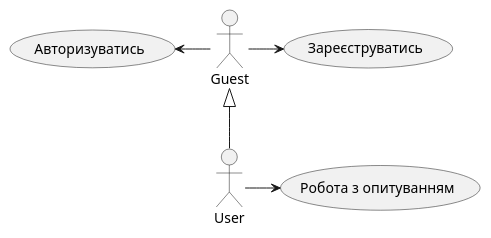
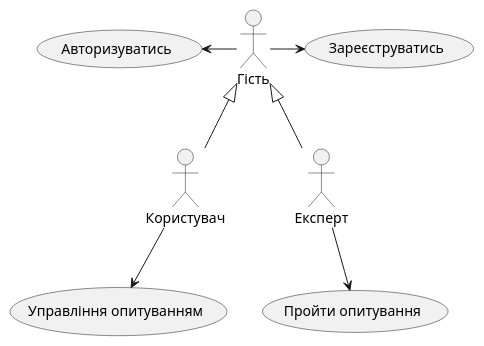
Before and after one commit to vadumpastushok/databases-course-work: the first of 11 diagrams in docs/use cases/README.md, drawn with PlantUML. The commit also changed other lines of this file, not shown here.

```diff
--- a/docs/use cases/README.md
+++ b/docs/use cases/README.md
@@ -11,16 +11,22 @@
 @startuml  
-  actor Guest  
-  actor User
+  actor Гість  
+  actor Користувач
+  actor Експерт
   
   usecase "Авторизуватись" as GA
   usecase "Зареєструватись" as GR
   
-  usecase "Робота з опитуванням" as UO 
+  usecase "Управління опитуванням" as US
+
+  usecase "Пройти опитування" as E 
   
-  User -u-|> Guest
+  Користувач -u-|> Гість
+  Експерт -u-|> Гість
   
-  Guest -l-> GA
-  Guest -r-> GR
+  Гість -l-> GA
+  Гість -r-> GR
   
-  User -r-> UO
+  Користувач -d-> US
+
+  Експерт -d-> E
 @enduml  
```
